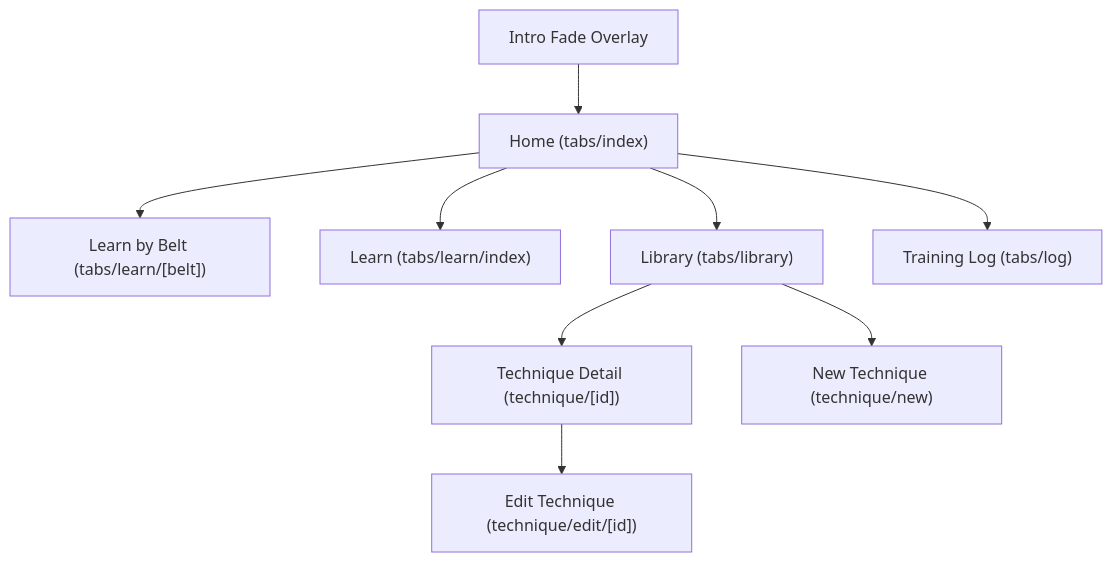
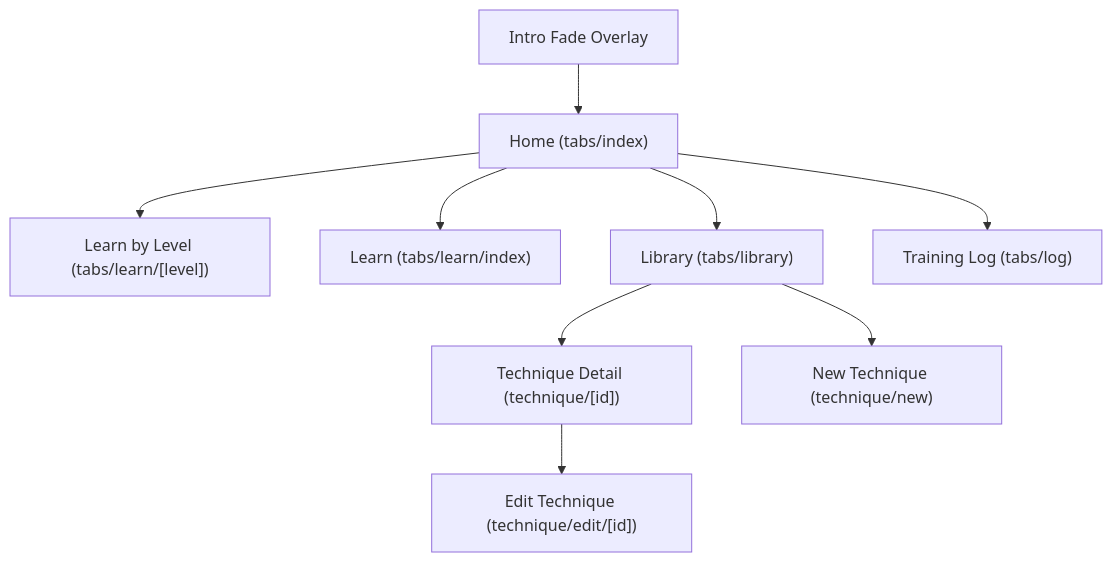
The third of 5 diagrams in README.md (rm-jordan/rolltrack), drawn with Mermaid before and after one commit. The commit also changed other lines of this file, not shown here.

````diff
--- a/README.md
+++ b/README.md
@@ -94,11 +104,11 @@
 ```mermaid
 flowchart TD
   Splash["Intro Fade Overlay"] --> Home["Home (tabs/index)"]
-  Home --> LearnBelt["Learn by Belt (tabs/learn/[belt])"]
+  Home --> LearnLevel["Learn by Level (tabs/learn/[level])"]
   Home --> LearnAll["Learn (tabs/learn/index)"]
   Home --> Library["Library (tabs/library)"]
   Home --> Log["Training Log (tabs/log)"]
   Library --> Detail["Technique Detail (technique/[id])"]
   Detail --> Edit["Edit Technique (technique/edit/[id])"]
   Library --> New["New Technique (technique/new)"]
 ```
````
